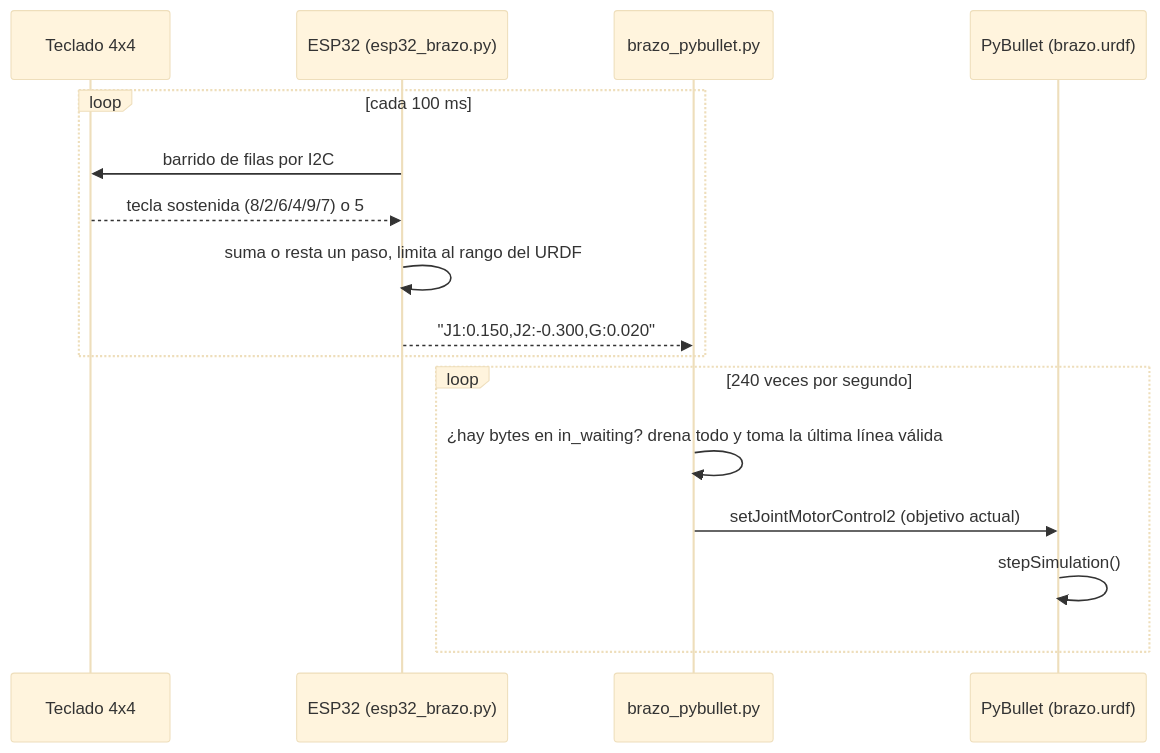
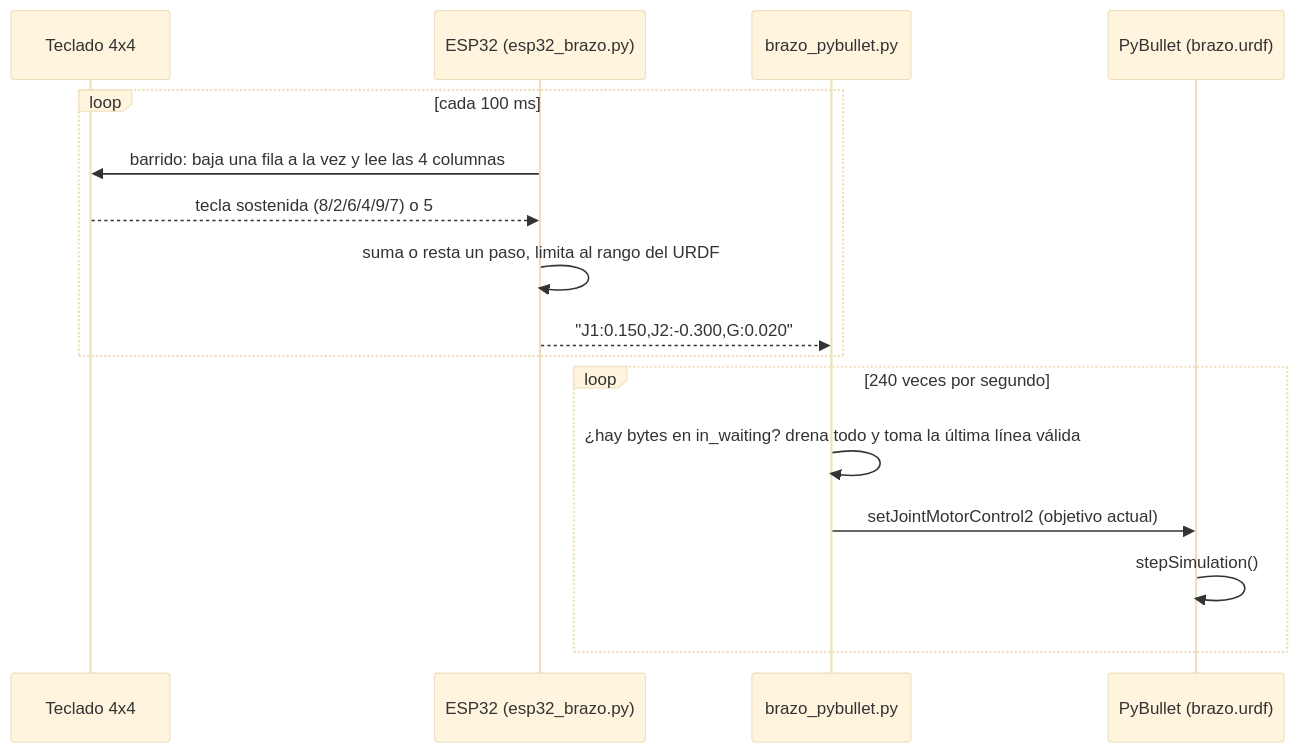
One commit to Dathinel/Sensores-Teoria changed the third of 3 diagrams in 7-brazo-robotico-urdf/README.md. Above: the diagram before and after it, drawn with Mermaid (base theme). The commit also changed other lines of this file and 36 other files, not shown here.

````diff
--- a/7-brazo-robotico-urdf/README.md
+++ b/7-brazo-robotico-urdf/README.md
@@ -135,19 +135,19 @@
 ```mermaid
 sequenceDiagram
     participant T as Teclado 4x4
     participant E as ESP32 (esp32_brazo.py)
     participant P as brazo_pybullet.py
     participant S as PyBullet (brazo.urdf)
 
     loop cada 100 ms
-        E->>T: barrido de filas por I2C
+        E->>T: barrido: baja una fila a la vez y lee las 4 columnas
         T-->>E: tecla sostenida (8/2/6/4/9/7) o 5
         E->>E: suma o resta un paso, limita al rango del URDF
         E-->>P: "J1:0.150,J2:-0.300,G:0.020"
     end
     loop 240 veces por segundo
         P->>P: ¿hay bytes en in_waiting? drena todo y toma la última línea válida
         P->>S: setJointMotorControl2 (objetivo actual)
         S->>S: stepSimulation()
     end
 ```
````
